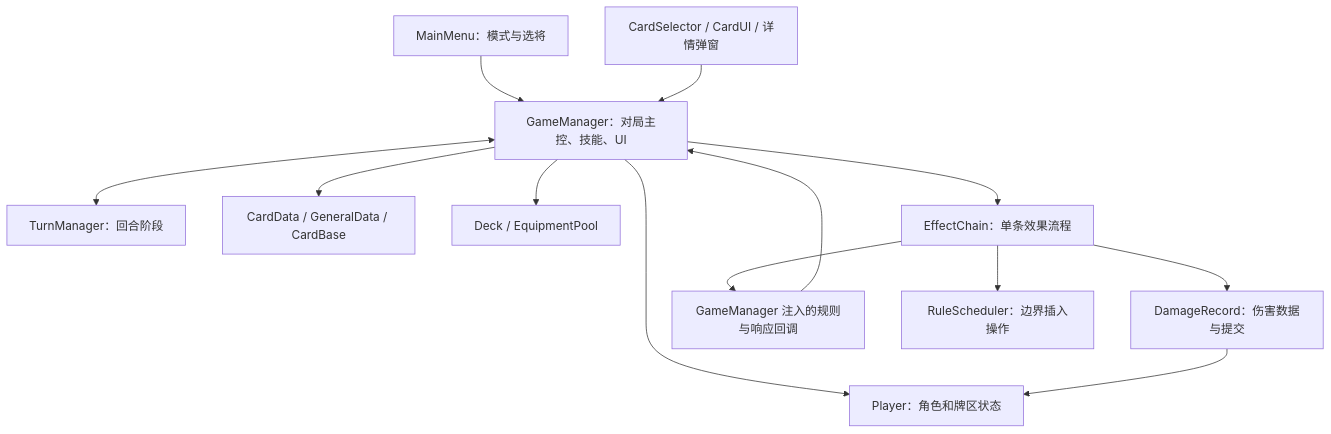
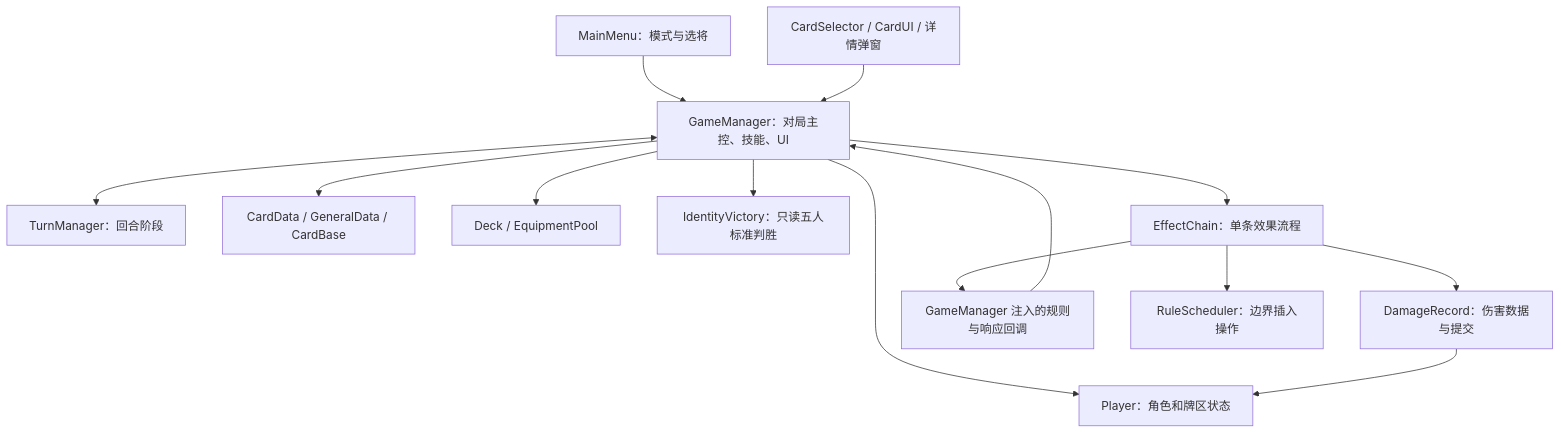
Before and after one commit to i-iillusion/xiaoyuansha: the first of 2 diagrams in Docs/HumanAgent/项目架构设计.md, drawn with Mermaid. The commit also changed other lines of this file and 10 other files, not shown here.

````diff
--- a/Docs/HumanAgent/项目架构设计.md
+++ b/Docs/HumanAgent/项目架构设计.md
@@ -24,15 +24,16 @@
 ```mermaid
 flowchart TD
     Menu[MainMenu：模式与选将] --> GM[GameManager：对局主控、技能、UI]
     UI[CardSelector / CardUI / 详情弹窗] --> GM
     GM <--> TM[TurnManager：回合阶段]
     GM --> Player[Player：角色和牌区状态]
     GM --> Data[CardData / GeneralData / CardBase]
     GM --> Pools[Deck / EquipmentPool]
+    GM --> Victory[IdentityVictory：只读五人标准判胜]
     GM --> Chain[EffectChain：单条效果流程]
     Chain --> Record[DamageRecord：伤害数据与提交]
     Record --> Player
     Chain --> Hooks[GameManager 注入的规则与响应回调]
     Hooks --> GM
     Chain --> Scheduler[RuleScheduler：边界插入操作]
 ```
````
